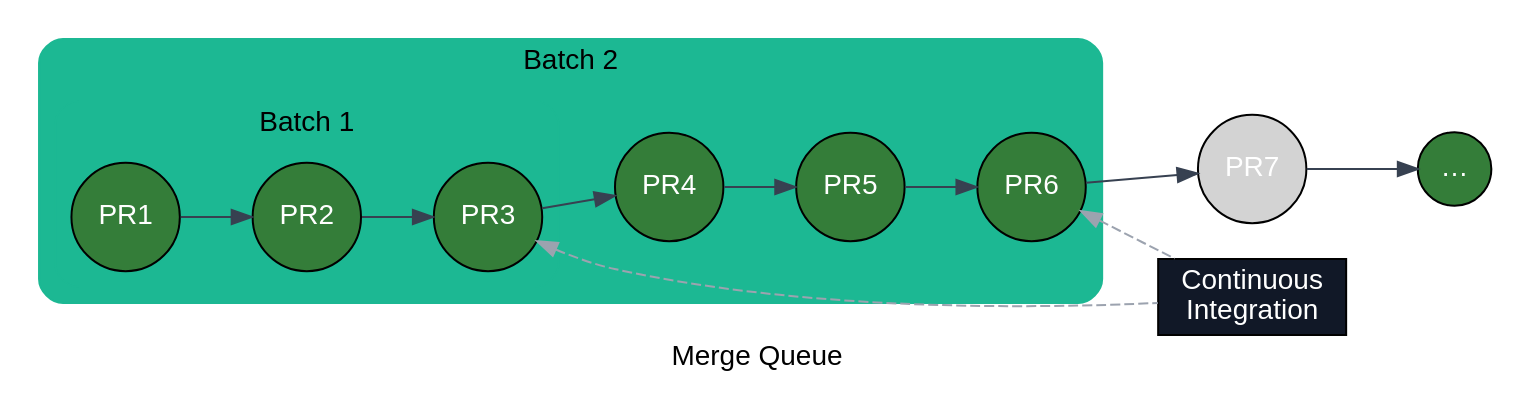
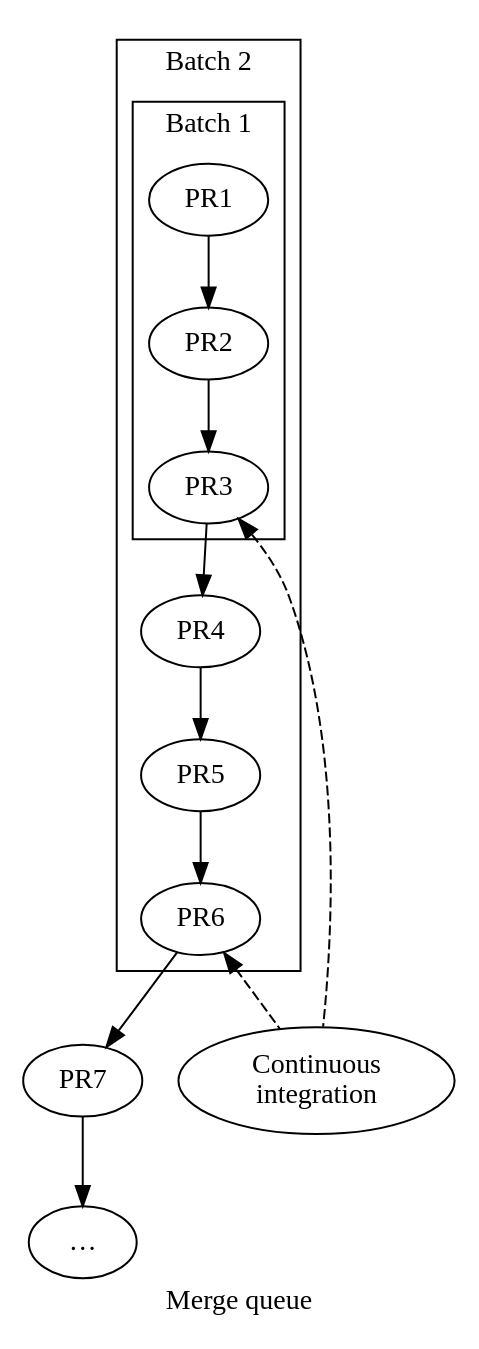
One commit to Mergifyio/docs changed the diagram in src/content/docs/merge-queue/performance.mdx. Above: the diagram before and after it, drawn with Graphviz. The commit also changed 20 other files, not shown here.

````diff
--- a/src/content/docs/merge-queue/performance.mdx
+++ b/src/content/docs/merge-queue/performance.mdx
@@ -177,42 +177,32 @@
-```dot class="graph"
-strict digraph {
-    fontname="sans-serif";
-    rankdir="LR";
-    label="Merge Queue"
+```dot class="queue"
+digraph {
+  label="Merge queue";
 
-    node [style=filled, shape=circle, fontcolor="white", fontname="sans-serif"];
-    edge [color="#374151", arrowhead=none, fontname="sans-serif", arrowhead=normal];
+  subgraph cluster_batch2 {
+    class="batch";
+    label="Batch 2";
 
-    subgraph cluster_batch_1 {
-        style="rounded,filled";
-        color="#1CB893";
-        fillcolor="#1CB893";
-        fontcolor="#000000";
-        node [style=filled, color="black", fillcolor="#347D39", fontcolor="white"];
-        PR3 -> PR4;
-        PR4 -> PR5;
-        PR5 -> PR6;
-        label = "Batch 2";
-
-        subgraph cluster_batch_0 {
-            style="rounded,filled";
-            color="#1CB893";
-            fillcolor="#1CB893";
-            fontcolor="#000000";
-            node [style=filled, color="black", fillcolor="#347D39", fontcolor="white"];
-            PR1 -> PR2;
-            PR2 -> PR3;
-            label = "Batch 1";
-        }
+    subgraph cluster_batch1 {
+      class="batch";
+      label="Batch 1";
+      PR1 [class="queued"];
+      PR2 [class="queued"];
+      PR3 [class="queued"];
+      PR1 -> PR2 -> PR3;
     }
 
-    PR6 -> PR7;
-    PR7 -> PR8;
-    PR8 [label="…", fillcolor="#347D39"];
+    PR4 [class="queued"];
+    PR5 [class="queued"];
+    PR6 [class="queued"];
+    PR3 -> PR4 -> PR5 -> PR6;
+  }
 
-    CI [label="Continuous\nIntegration", fixedsize=false, style="filled", fillcolor="#111827", fontcolor=white, shape=rectangle]
-    edge [arrowhead=none, style=dashed, arrowtail=normal, color="#9CA3AF", dir=both, fontcolor="#9CA3AF", fontsize="6pt"];
-    PR3 -> CI;
-    PR6 -> CI;
+  PR7 [class="queued"];
+  PR8 [label="…", class="queued"];
+  PR6 -> PR7 -> PR8;
+
+  CI [label="Continuous\nintegration", class="external"];
+  PR3 -> CI [class="muted", style=dashed, dir=both, arrowhead=none, arrowtail=normal];
+  PR6 -> CI [class="muted", style=dashed, dir=both, arrowhead=none, arrowtail=normal];
 }
 ```
````
